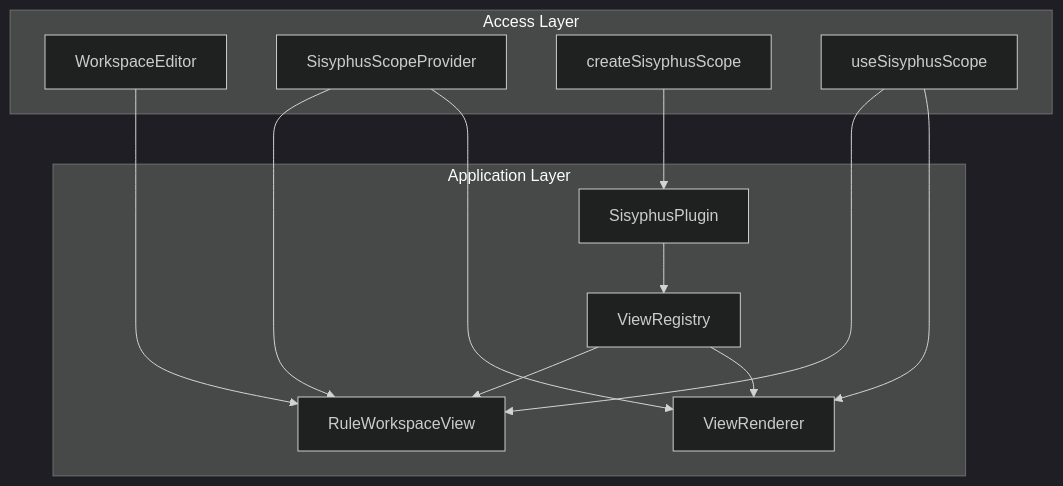
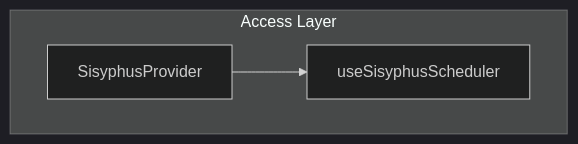
The diagram in specs/react/spec.md (huang-xiao-jian/themis), drawn with Mermaid (dark theme) before and after one commit. The commit also changed other lines of this file and 3 other files, not shown here.

````diff
--- a/specs/react/spec.md
+++ b/specs/react/spec.md
@@ -56,26 +49,9 @@
 ```mermaid
 graph TB
   subgraph AccessLayer[Access Layer]
-    WorkspaceEditor
-    SisyphusScopeProvider
-    createSisyphusScope
-    useSisyphusScope
+    SisyphusProvider
+    useSisyphusScheduler
   end
 
-  subgraph ApplicationLayer[Application Layer]
-    RuleWorkspaceView
-    ViewRegistry
-    ViewRenderer
-    SisyphusPlugin
-  end
-
-  WorkspaceEditor --> RuleWorkspaceView
-  createSisyphusScope --> SisyphusPlugin
-  SisyphusPlugin --> ViewRegistry
-  ViewRegistry --> RuleWorkspaceView
-  ViewRegistry --> ViewRenderer
-  SisyphusScopeProvider --> RuleWorkspaceView
-  SisyphusScopeProvider --> ViewRenderer
-  useSisyphusScope --> RuleWorkspaceView
-  useSisyphusScope --> ViewRenderer
+  SisyphusProvider --> useSisyphusScheduler
 ```
````
